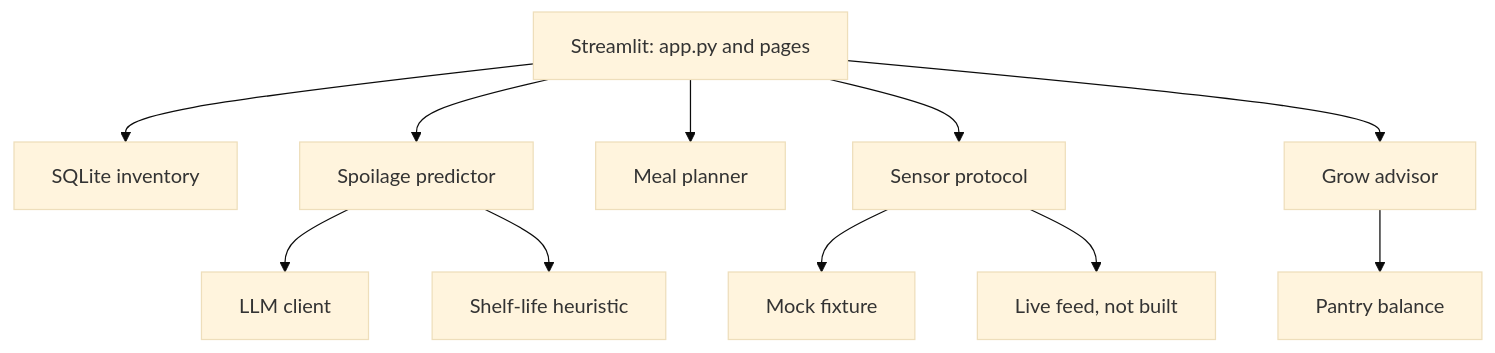
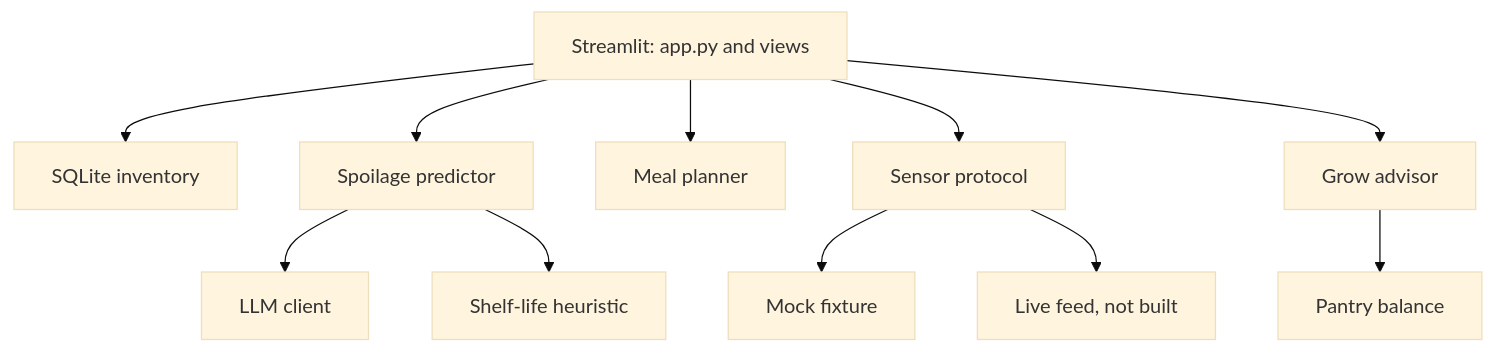
One commit to Mythmaster83/Fallow changed the diagram in docs/architecture.md. Above: the diagram before and after it, drawn with Mermaid (base theme). The commit also changed other lines of this file and 25 other files, not shown here.

````diff
--- a/docs/architecture.md
+++ b/docs/architecture.md
@@ -7,13 +8,13 @@
 ```mermaid
 flowchart TD
-  UI["Streamlit: app.py and pages"] --> Store["SQLite inventory"]
+  UI["Streamlit: app.py and views"] --> Store["SQLite inventory"]
   UI --> Predict["Spoilage predictor"]
   Predict --> LLM["LLM client"]
   Predict --> Table["Shelf-life heuristic"]
   UI --> Meals["Meal planner"]
   UI --> Sensor["Sensor protocol"]
   Sensor --> Mock["Mock fixture"]
   Sensor --> Live["Live feed, not built"]
   UI --> Grow["Grow advisor"]
   Grow --> Balance["Pantry balance"]
 ```
````
